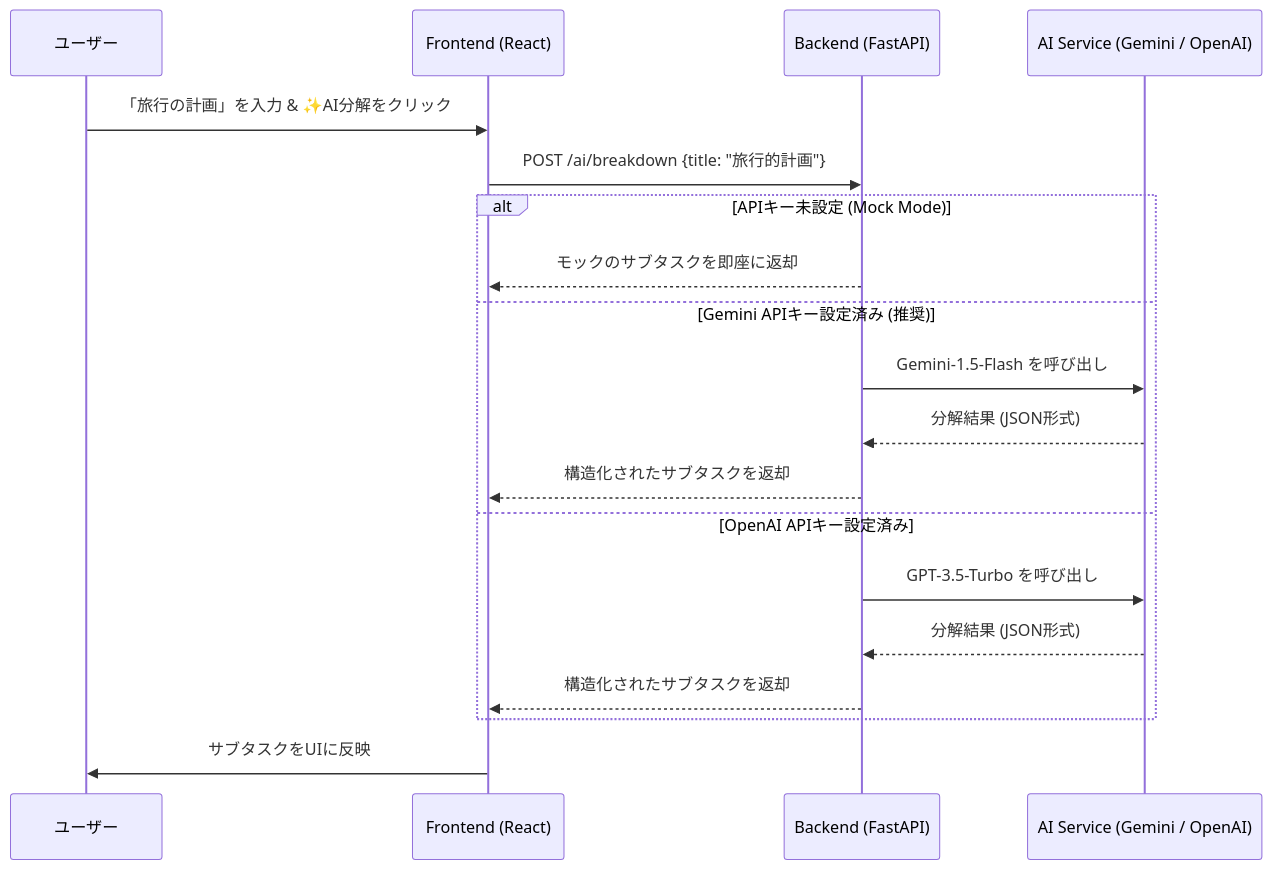
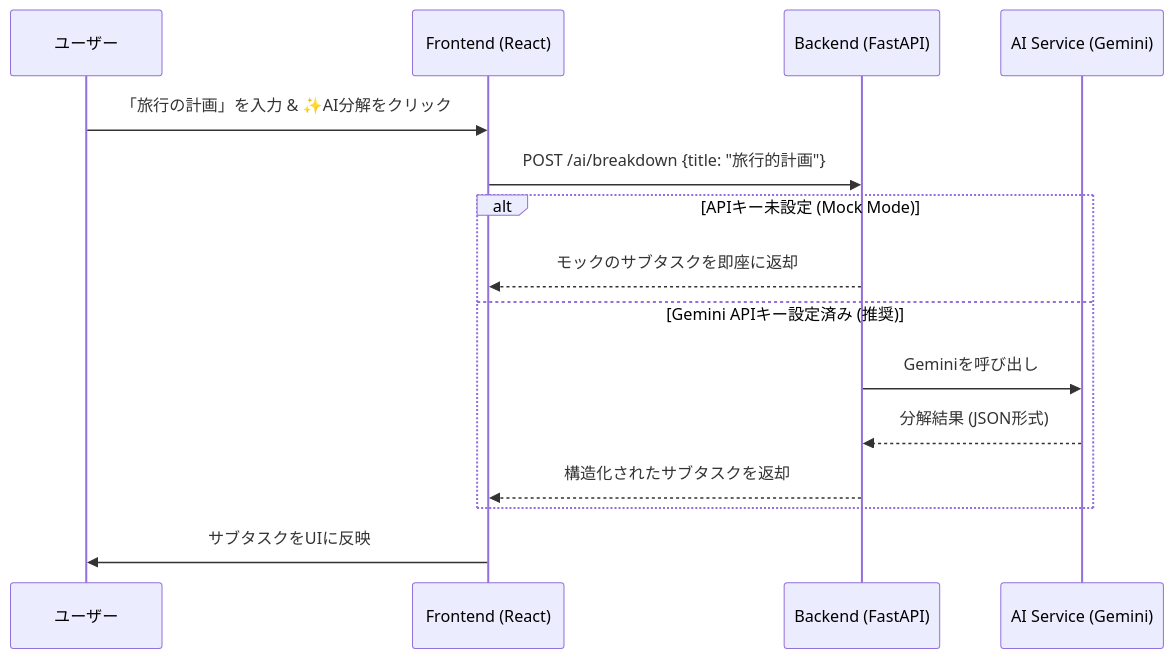
One commit to rtiak-ops/251025 changed the fourth of 5 diagrams in README.md. Above: the diagram before and after it, drawn with Mermaid. The commit also changed other lines of this file and 2 other files, not shown here.

````diff
--- a/README.md
+++ b/README.md
@@ -117,24 +119,20 @@
 ```mermaid
 sequenceDiagram
     participant User as ユーザー
     participant Front as Frontend (React)
     participant Back as Backend (FastAPI)
-    participant AI as AI Service (Gemini / OpenAI)
+    participant AI as AI Service (Gemini)
 
     User->>Front: 「旅行の計画」を入力 & ✨AI分解をクリック
     Front->>Back: POST /ai/breakdown {title: "旅行的計画"}
     
     alt APIキー未設定 (Mock Mode)
         Back-->>Front: モックのサブタスクを即座に返却
     else Gemini APIキー設定済み (推奨)
-        Back->>AI: Gemini-1.5-Flash を呼び出し
-        AI-->>Back: 分解結果 (JSON形式)
-        Back-->>Front: 構造化されたサブタスクを返却
-    else OpenAI APIキー設定済み
-        Back->>AI: GPT-3.5-Turbo を呼び出し
+        Back->>AI: Geminiを呼び出し
         AI-->>Back: 分解結果 (JSON形式)
         Back-->>Front: 構造化されたサブタスクを返却
     end
 
     Front->>User: サブタスクをUIに反映
 ```
````
